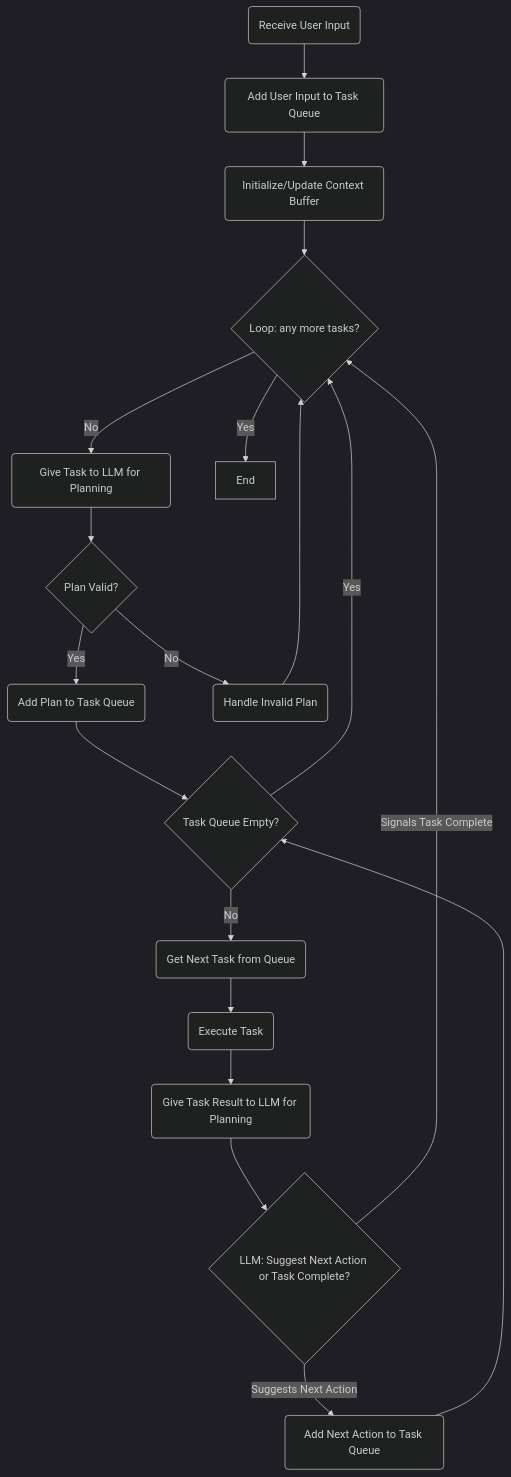
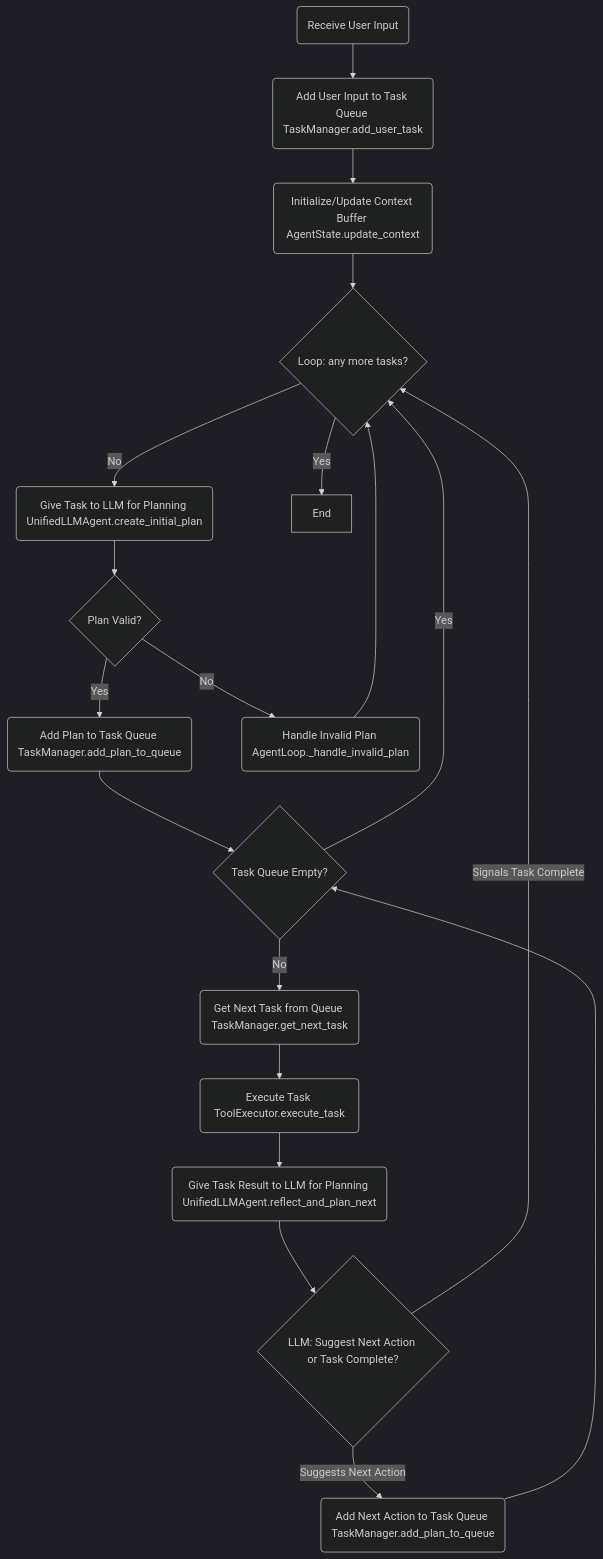
The diagram in ARCHITECTURE.md (matthewspangler/AgentFlipper), drawn with Mermaid (dark theme) before and after one commit. The commit also changed 6 other files, not shown here.

Commit message:
updated mermaid diagram to specify function names

````diff
--- a/ARCHITECTURE.md
+++ b/ARCHITECTURE.md
@@ -149,21 +149,21 @@
 ```mermaid
 graph TD
-    B(Receive User Input) --> B1(Add User Input to Task Queue)
-    B1 --> C(Initialize/Update Context Buffer)
+    B(Receive User Input) --> B1(Add User Input to Task Queue TaskManager.add_user_task)
+    B1 --> C(Initialize/Update Context Buffer AgentState.update_context)
     C --> D{Loop: any more tasks?}
-    D -- No --> E_F(Give Task to LLM for Planning)
+    D -- No --> E_F(Give Task to LLM for Planning UnifiedLLMAgent.create_initial_plan)
     E_F --> H{Plan Valid?}
-    H -- Yes --> I(Add Plan to Task Queue)
+    H -- Yes --> I(Add Plan to Task Queue TaskManager.add_plan_to_queue)
     I --> J{Task Queue Empty?}
-    J -- No --> K(Get Next Task from Queue)
-    K --> L(Execute Task)
-    L --> MN(Give Task Result to LLM for Planning)
+    J -- No --> K(Get Next Task from Queue TaskManager.get_next_task)
+    K --> L(Execute Task ToolExecutor.execute_task)
+    L --> MN(Give Task Result to LLM for Planning UnifiedLLMAgent.reflect_and_plan_next)
     MN --> OQ{LLM: Suggest Next Action or Task Complete?}
-    OQ -- Suggests Next Action --> S(Add Next Action to Task Queue)
+    OQ -- Suggests Next Action --> S(Add Next Action to Task Queue TaskManager.add_plan_to_queue)
     S --> J
     OQ -- Signals Task Complete --> D
     J -- Yes --> D
-    H -- No --> W(Handle Invalid Plan)
+    H -- No --> W(Handle Invalid Plan AgentLoop._handle_invalid_plan)
     W --> D
     D -- Yes --> X[End]
 ```
````
